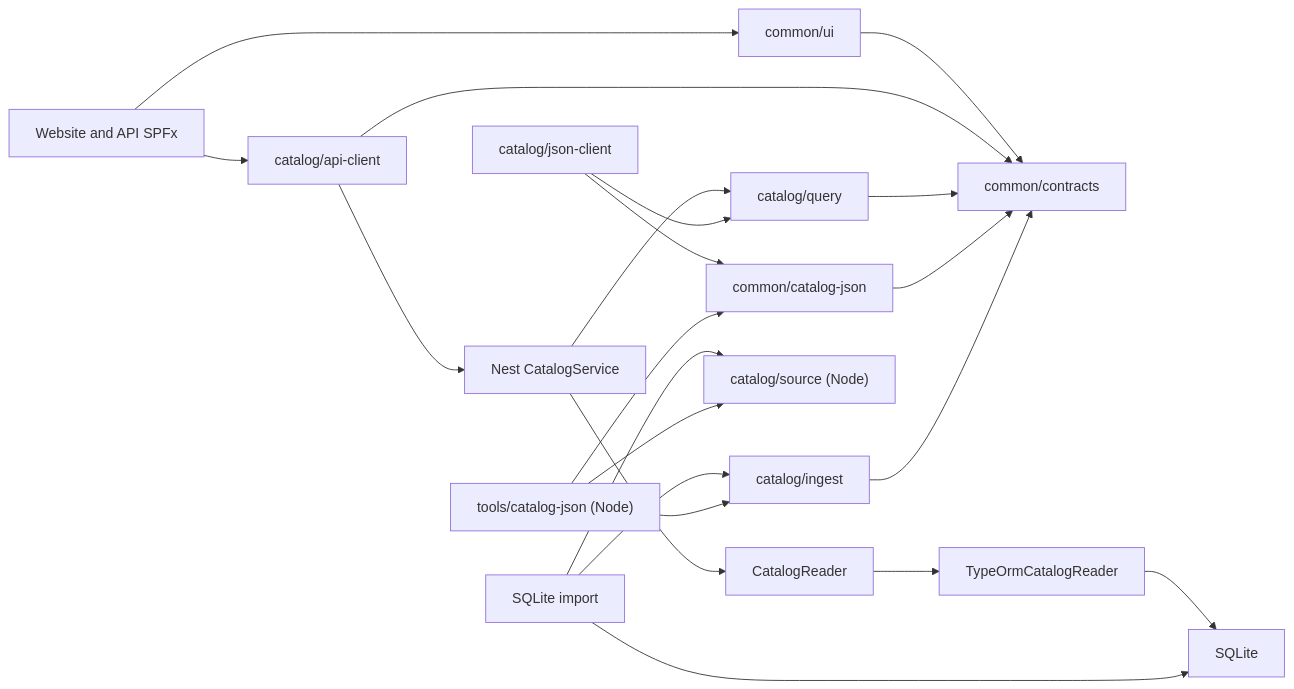
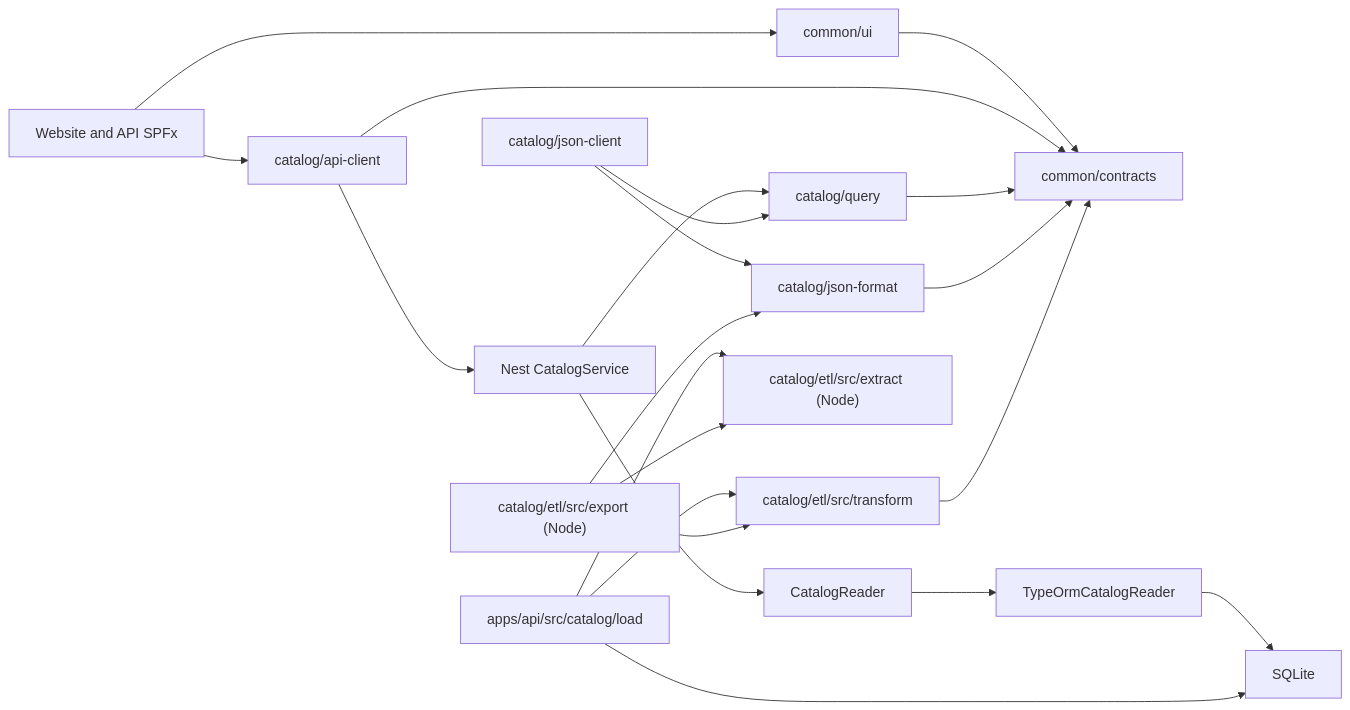
One commit to VigilanteWang/graphpermlist changed the diagram in docs/sharepoint-json-plan.md. Above: the diagram before and after it, drawn with Mermaid. The commit also changed other lines of this file and 35 other files, not shown here.

Commit message:
refactor: organize catalog ETL and JSON format

````diff
--- a/docs/sharepoint-json-plan.md
+++ b/docs/sharepoint-json-plan.md
@@ -592,23 +594,23 @@
 ```mermaid
 flowchart LR
     Hosts["Website and API SPFx"] --> UI["common/ui"]
     Hosts --> HTTP["catalog/api-client"]
     UI --> Contracts["common/contracts"]
     HTTP --> Contracts
     HTTP --> Service["Nest CatalogService"]
     Service --> Reader["CatalogReader"]
     Reader --> Adapter["TypeOrmCatalogReader"]
     Adapter --> SQLite
     Service --> Query["catalog/query"]
     JSONClient["catalog/json-client"] --> Query
-    JSONClient --> Validation["common/catalog-json"]
+    JSONClient --> Validation["catalog/json-format"]
     Query --> Contracts
     Validation --> Contracts
-    Import["SQLite import"] --> SQLite
-    Import --> Source["catalog/source (Node)"]
-    Import --> Ingest["catalog/ingest"]
-    Publication["tools/catalog-json (Node)"] --> Source
-    Publication --> Ingest
+    Import["apps/api/src/catalog/load"] --> SQLite
+    Import --> Source["catalog/etl/src/extract (Node)"]
+    Import --> Transform["catalog/etl/src/transform"]
+    Publication["catalog/etl/src/export (Node)"] --> Source
+    Publication --> Transform
     Publication --> Validation
-    Ingest --> Contracts
+    Transform --> Contracts
 ```
````
